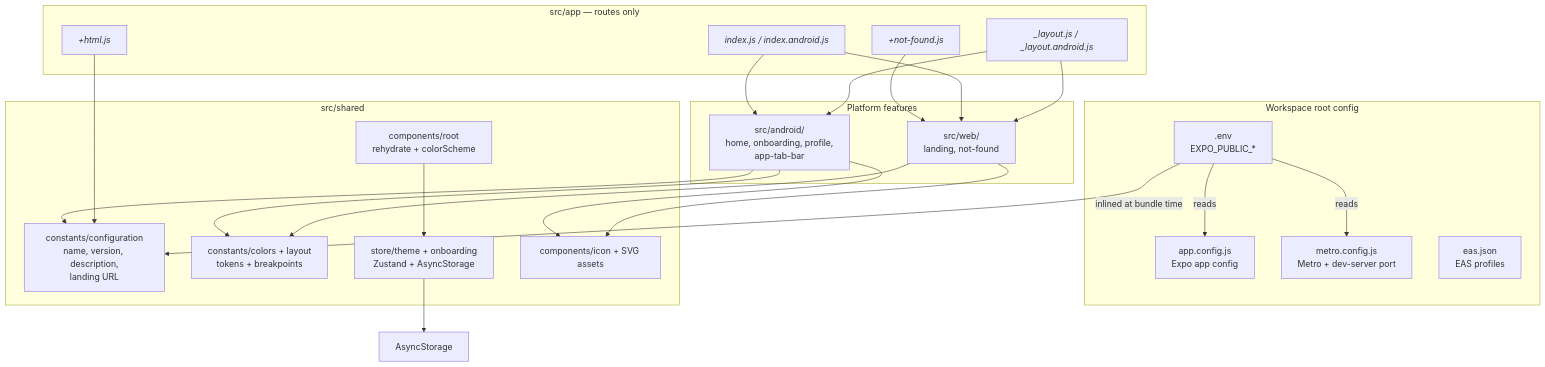
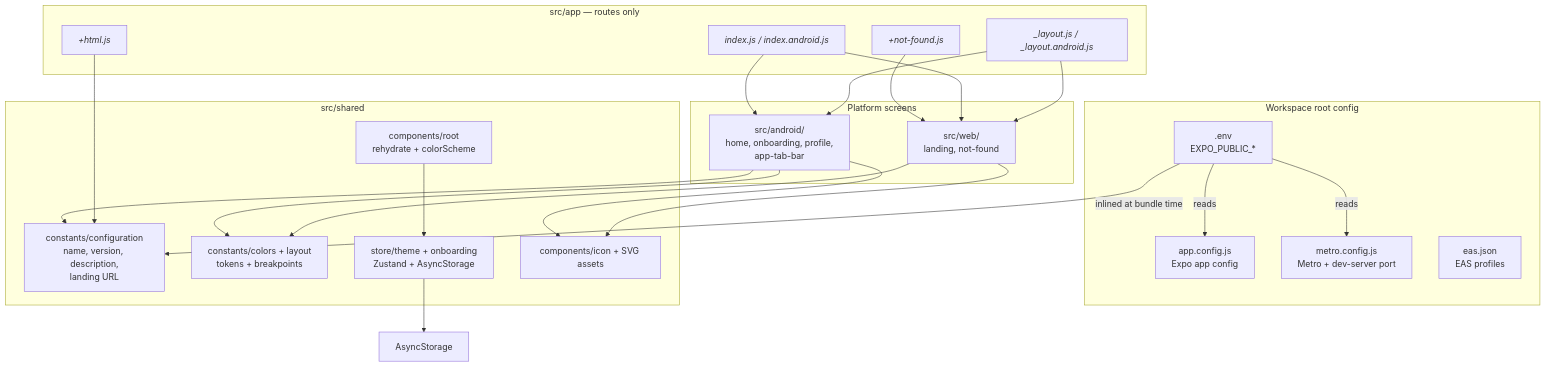
Before and after one commit to yuriusuonly/tiptap: the first of 4 diagrams in CONTRIBUTING.md, drawn with Mermaid. The commit also changed other lines of this file and 18 other files, not shown here.

First line of the commit message:
(feat) per-action progress, snackbar for failed actions, remove StateView, rename features to screens

````diff
--- a/CONTRIBUTING.md
+++ b/CONTRIBUTING.md
@@ -26,47 +26,47 @@
 ```mermaid
 flowchart TB
     subgraph Config["Workspace root config"]
         ENV[".env<br/>EXPO_PUBLIC_*"]
         APPJS["app.config.js<br/>Expo app config"]
         METRO["metro.config.js<br/>Metro + dev-server port"]
         EAS["eas.json<br/>EAS profiles"]
     end
 
     ENV -->|reads| APPJS
     ENV -->|reads| METRO
     ENV -->|inlined at bundle time| CONF
 
     subgraph APP["src/app — routes only"]
         LAYOUT["<i>_layout.js / _layout.android.js</i>"]
         INDEX["<i>index.js / index.android.js</i>"]
         HTML["<i>+html.js</i>"]
         NF["<i>+not-found.js</i>"]
     end
 
-    subgraph PLATFORM["Platform features"]
+    subgraph PLATFORM["Platform screens"]
         WEBF["src/web/<br/>landing, not-found"]
         ANDF["src/android/<br/>home, onboarding, profile,<br/>app-tab-bar"]
     end
 
     subgraph SHARED["src/shared"]
         CONF["constants/configuration<br/>name, version, description,<br/>landing URL"]
         TOKENS["constants/colors + layout<br/>tokens + breakpoints"]
         ROOT["components/root<br/>rehydrate + colorScheme"]
         STORE["store/theme + onboarding<br/>Zustand + AsyncStorage"]
         ICON["components/icon + SVG assets"]
     end
 
     LAYOUT --> WEBF
     LAYOUT --> ANDF
     INDEX --> WEBF
     INDEX --> ANDF
     NF --> WEBF
     HTML --> CONF
     ANDF --> CONF
     ROOT --> STORE
     STORE --> CFG[AsyncStorage]
     WEBF --> ICON
     ANDF --> ICON
     WEBF --> TOKENS
     ANDF --> TOKENS
 ```
````
